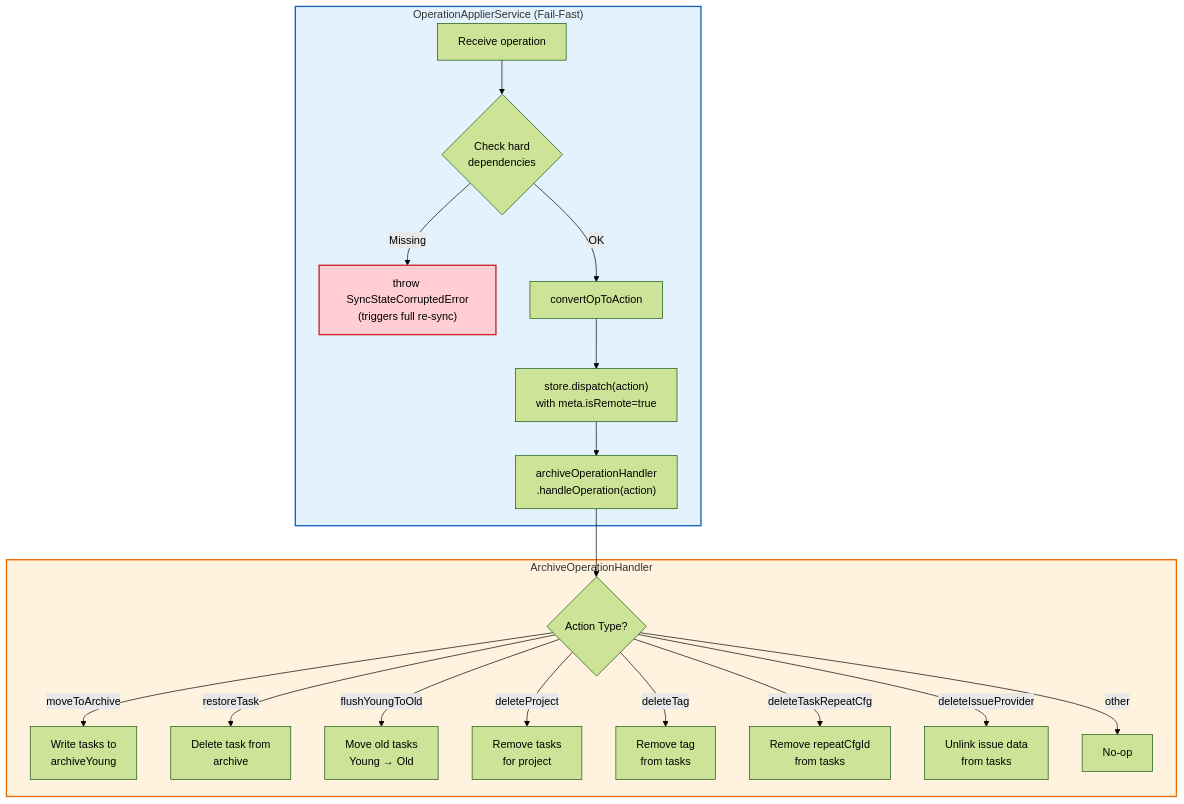
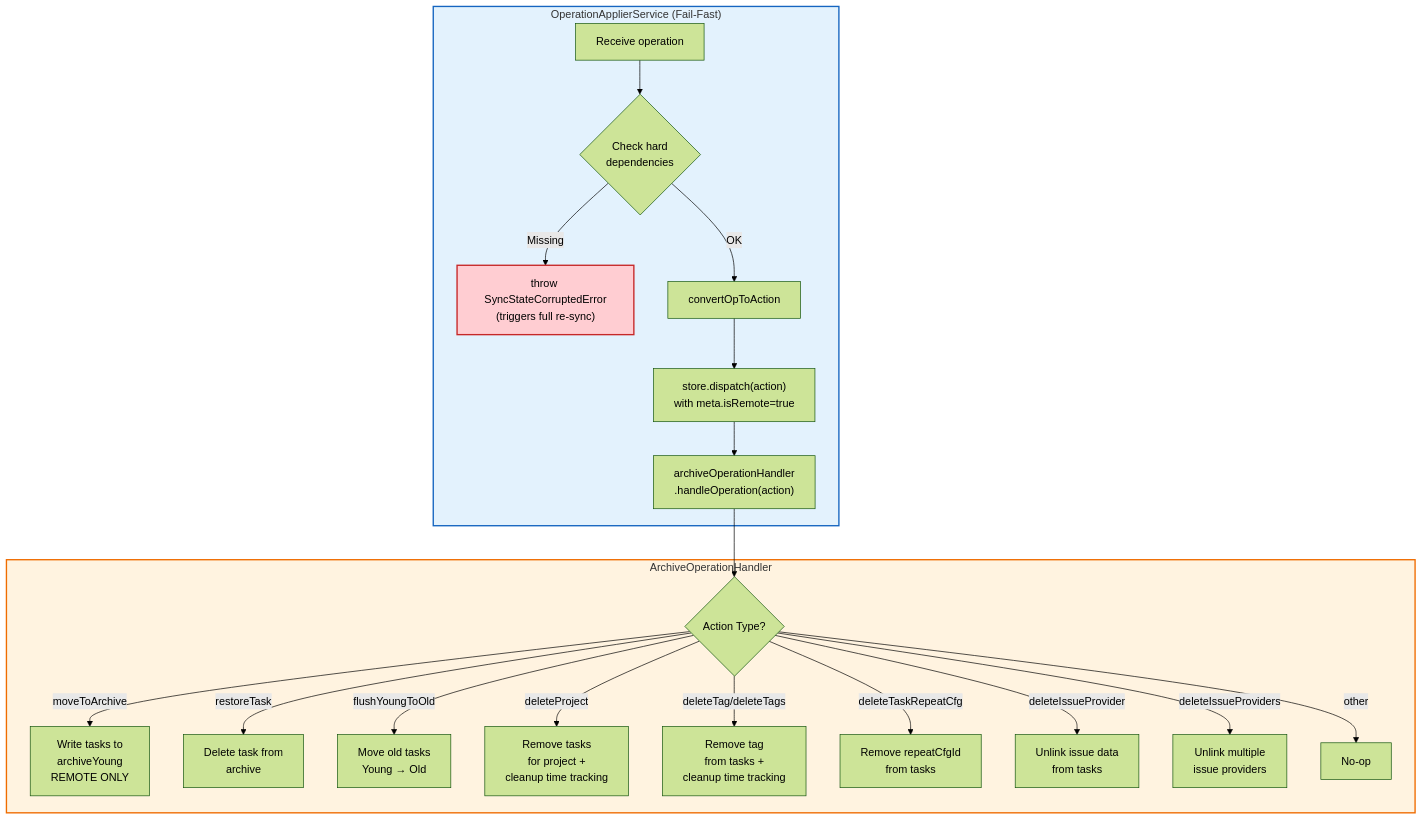
One commit to johannesjo/super-productivity changed diagram 19 of 19 in src/app/core/persistence/operation-log/docs/operation-log-architecture-diagrams.md. Above: the diagram before and after it, drawn with Mermaid (forest theme). The commit also changed other lines of this file and 2 other files, not shown here.

First line of the commit message:
docs(sync): update architecture docs for recent refactors

````diff
--- a/src/app/core/persistence/operation-log/docs/operation-log-architecture-diagrams.md
+++ b/src/app/core/persistence/operation-log/docs/operation-log-architecture-diagrams.md
@@ -840,28 +845,29 @@
 ```mermaid
 flowchart TD
     subgraph OperationApplierService["OperationApplierService (Fail-Fast)"]
         OA1[Receive operation] --> OA2{Check hard<br/>dependencies}
         OA2 -->|Missing| OA_ERR["throw SyncStateCorruptedError<br/>(triggers full re-sync)"]
         OA2 -->|OK| OA3[convertOpToAction]
         OA3 --> OA4["store.dispatch(action)<br/>with meta.isRemote=true"]
         OA4 --> OA5["archiveOperationHandler<br/>.handleOperation(action)"]
     end
 
     subgraph Handler["ArchiveOperationHandler"]
         H1{Action Type?}
-        H1 -->|moveToArchive| H2[Write tasks to<br/>archiveYoung]
+        H1 -->|moveToArchive| H2[Write tasks to<br/>archiveYoung<br/>REMOTE ONLY]
         H1 -->|restoreTask| H3[Delete task from<br/>archive]
         H1 -->|flushYoungToOld| H4[Move old tasks<br/>Young → Old]
-        H1 -->|deleteProject| H5[Remove tasks<br/>for project]
-        H1 -->|deleteTag| H6[Remove tag<br/>from tasks]
+        H1 -->|deleteProject| H5[Remove tasks<br/>for project +<br/>cleanup time tracking]
+        H1 -->|deleteTag/deleteTags| H6[Remove tag<br/>from tasks +<br/>cleanup time tracking]
         H1 -->|deleteTaskRepeatCfg| H7[Remove repeatCfgId<br/>from tasks]
         H1 -->|deleteIssueProvider| H8[Unlink issue data<br/>from tasks]
+        H1 -->|deleteIssueProviders| H8b[Unlink multiple<br/>issue providers]
         H1 -->|other| H9[No-op]
     end
 
     OA5 --> H1
 
     style OperationApplierService fill:#e3f2fd,stroke:#1565c0,stroke-width:2px
     style Handler fill:#fff3e0,stroke:#ef6c00,stroke-width:2px
     style OA_ERR fill:#ffcdd2,stroke:#c62828,stroke-width:2px
 ```
````
